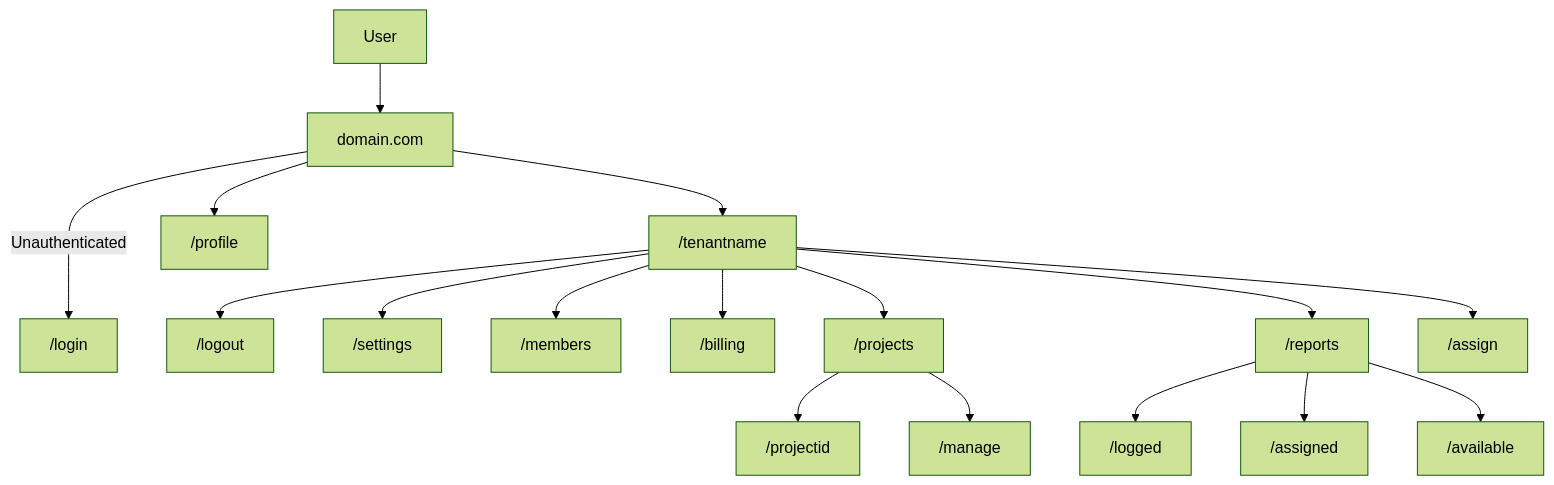
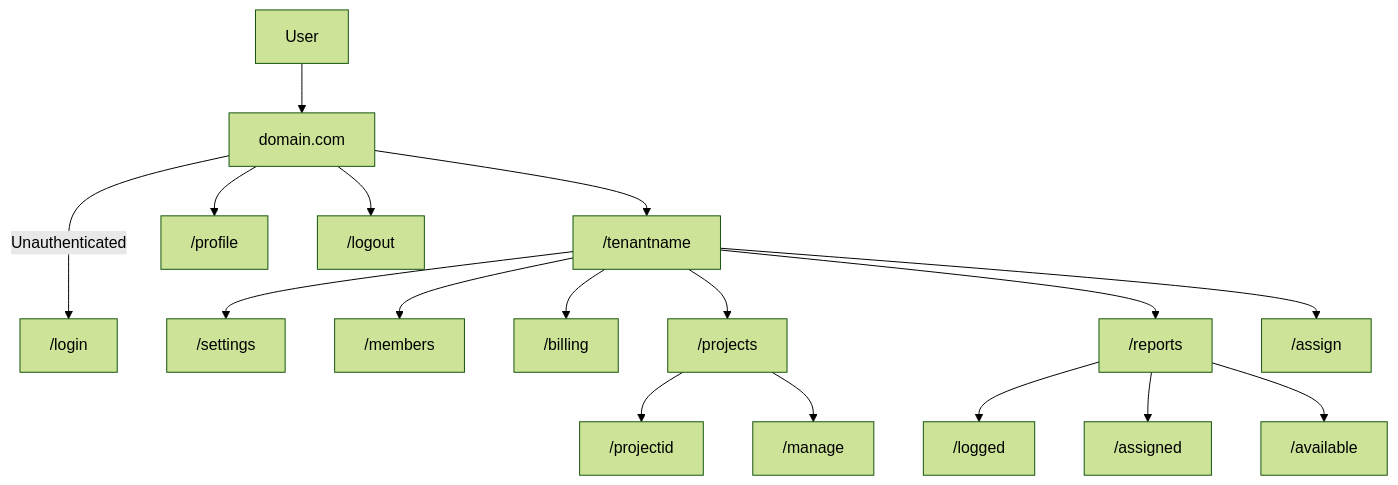
The diagram in design/overview.md (banuragaxioned/loggrr), drawn with Mermaid (forest theme) before and after one commit. The commit also changed 16 other files, not shown here.

````diff
--- a/design/overview.md
+++ b/design/overview.md
@@ -42,19 +42,19 @@
 ```mermaid
 graph TD;
     User-->domain.com;
     domain.com--Unauthenticated--->/login;
     domain.com-->/tenantname;
     domain.com-->/profile;
-    /tenantname-->/logout;
+    domain.com-->/logout;
     /tenantname-->/settings;
     /tenantname-->/members;
     /tenantname-->/billing;
     /tenantname-->/projects;
     /projects-->/projectid;
     /projects-->/manage;
     /tenantname-->/reports;
     /tenantname-->/assign;
     /reports-->/logged;
     /reports-->/assigned;
     /reports-->/available;
 ```
````
